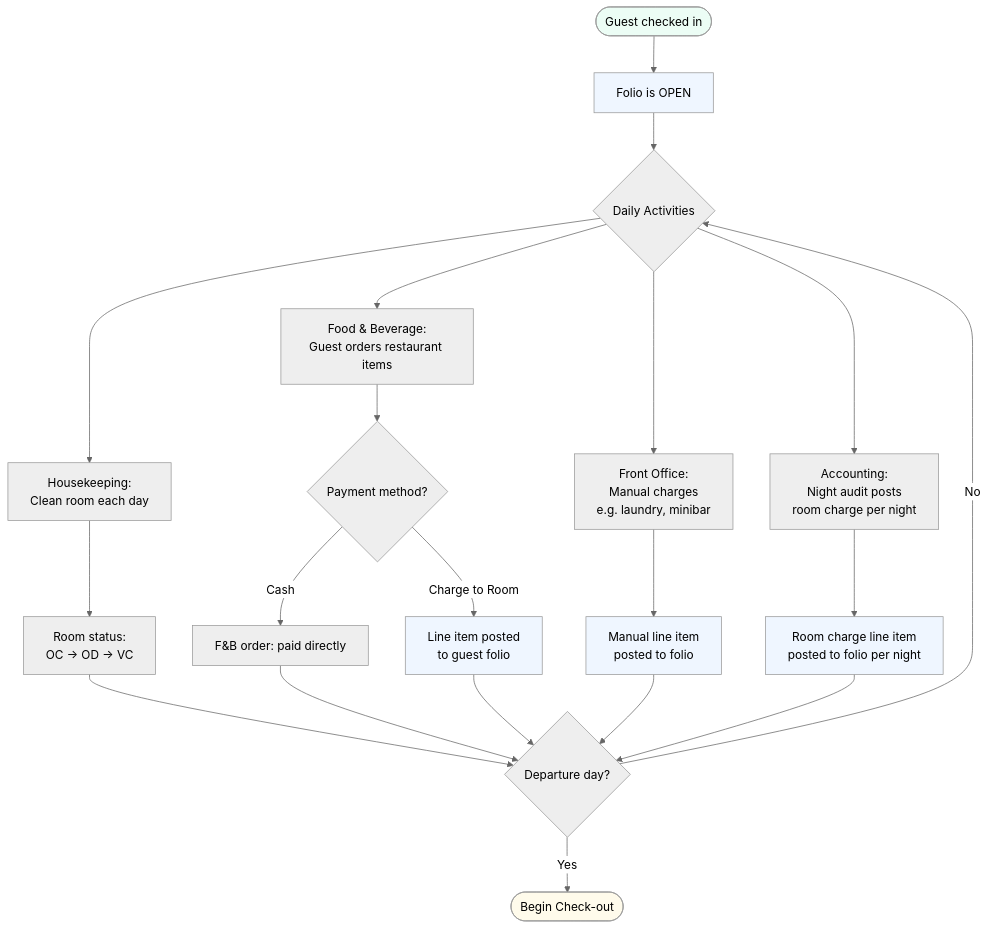
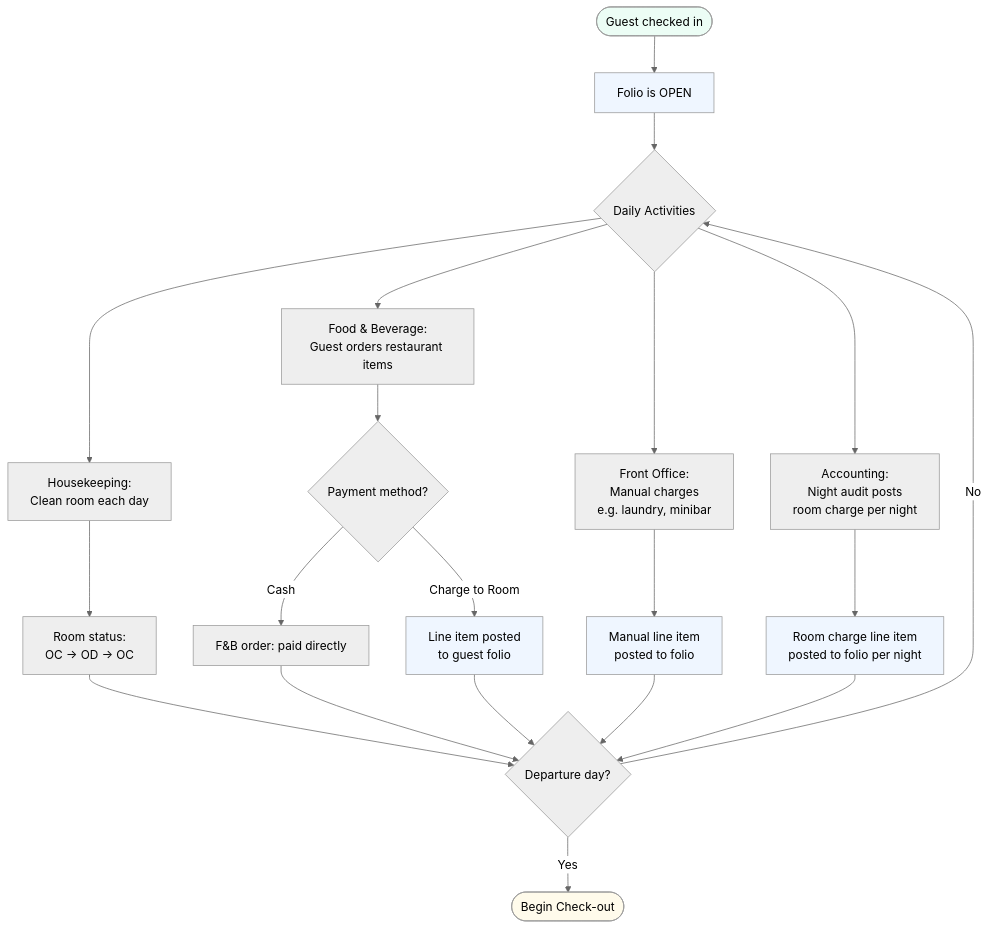
The fourth of 9 diagrams in docs/business_process_mvp.md (nurmareko/zadd-hotel-pms), drawn with Mermaid (neutral theme) before and after one commit. The commit also changed other lines of this file and 11 other files, not shown here.

````diff
--- a/docs/business_process_mvp.md
+++ b/docs/business_process_mvp.md
@@ -102,33 +102,33 @@
 ```mermaid
 flowchart TD
     A([Guest checked in]) --> B[Folio is OPEN]
     B --> C{Daily Activities}
 
     C --> D[Housekeeping:<br/>Clean room each day]
     C --> E[Food & Beverage:<br/>Guest orders restaurant items]
     C --> F[Front Office:<br/>Manual charges<br/>e.g. laundry, minibar]
     C --> G[Accounting:<br/>Night audit posts<br/>room charge per night]
 
-    D --> H[Room status:<br/>OC → OD → VC]
+    D --> H[Room status:<br/>OC → OD → OC]
     E --> I{Payment method?}
     I -->|Cash| J[F&B order: paid directly]
     I -->|Charge to Room| K[Line item posted<br/>to guest folio]
     F --> L[Manual line item<br/>posted to folio]
     G --> M[Room charge line item<br/>posted to folio per night]
 
     H --> N{Departure day?}
     K --> N
     L --> N
     M --> N
     J --> N
 
     N -->|No| C
     N -->|Yes| O([Begin Check-out])
 
     style A fill:#ecfdf5
     style B fill:#eff6ff
     style K fill:#eff6ff
     style L fill:#eff6ff
     style M fill:#eff6ff
     style O fill:#fffbeb
 ```
````
